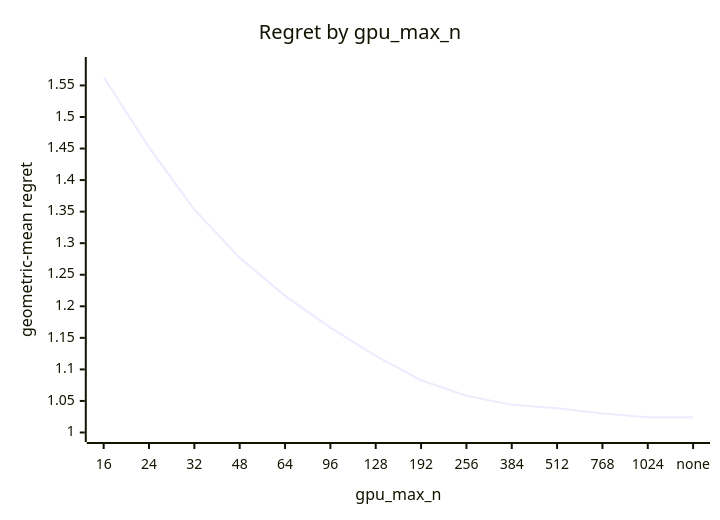
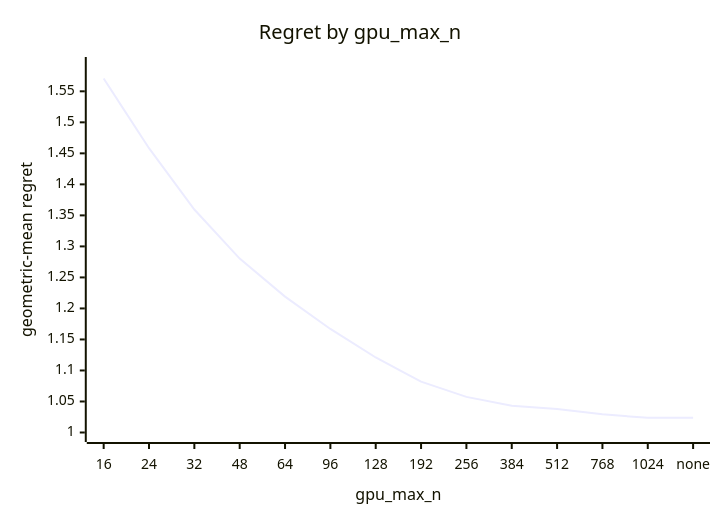
The fifth of 5 diagrams in docs/results/apple-m5-pro-20gpu/combined/eigh/report.md (c0rmac/metal-linalg), drawn with Mermaid before and after one commit. The commit also changed other lines of this file and 9 other files, not shown here.

````diff
--- a/docs/results/apple-m5-pro-20gpu/combined/eigh/report.md
+++ b/docs/results/apple-m5-pro-20gpu/combined/eigh/report.md
@@ -166,7 +168,7 @@
 ```mermaid
 xychart-beta
     title "Regret by gpu_max_n"
     x-axis "gpu_max_n" [16, 24, 32, 48, 64, 96, 128, 192, 256, 384, 512, 768, 1024, none]
-    y-axis "geometric-mean regret" 1.0 --> 1.58
-    line [1.5633, 1.4517, 1.3533, 1.2768, 1.2165, 1.1663, 1.1214, 1.0828, 1.0582, 1.0438, 1.0385, 1.0301, 1.0243, 1.0243]
+    y-axis "geometric-mean regret" 1.0 --> 1.59
+    line [1.5706, 1.4583, 1.3595, 1.2804, 1.2191, 1.1669, 1.1209, 1.0819, 1.0574, 1.0430, 1.0378, 1.0294, 1.0236, 1.0236]
 ```
````
